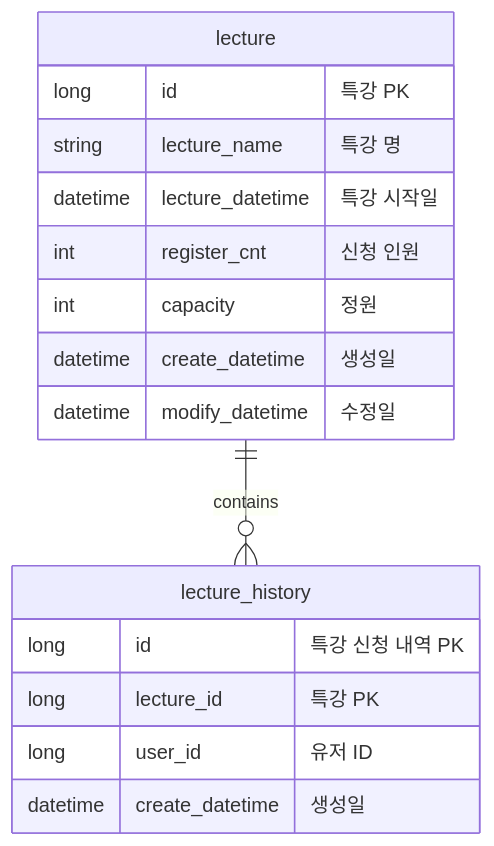
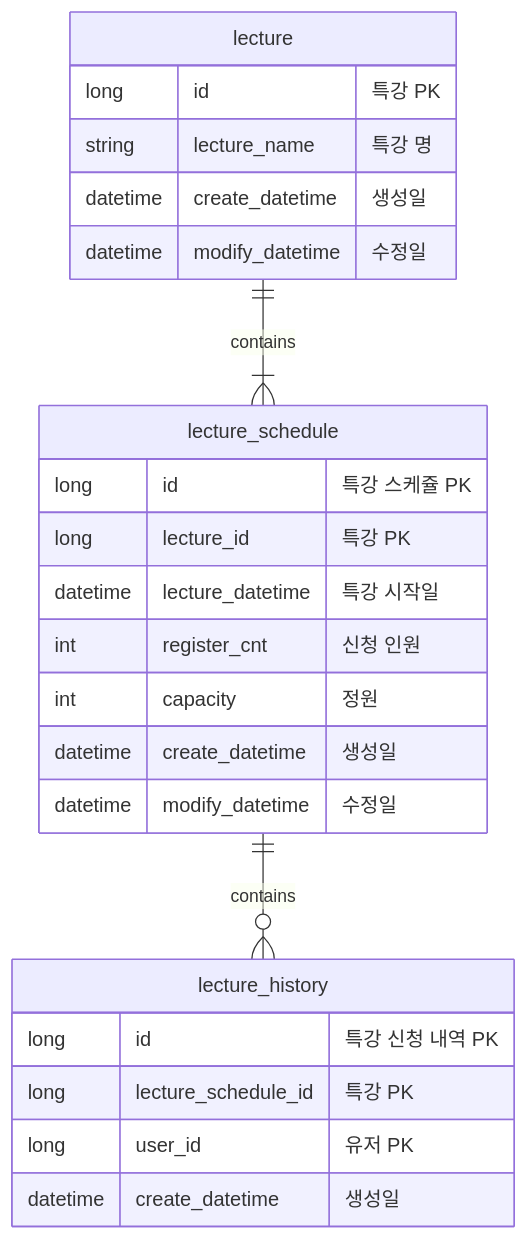
The diagram in README.md (jo94kr/hhplus-02-clean-architecture), drawn with Mermaid before and after one commit. The commit also changed other lines of this file, not shown here.

````diff
--- a/README.md
+++ b/README.md
@@ -35,19 +112,26 @@
 ```mermaid
 erDiagram
-    lecture ||--o{ lecture_history: contains
+    lecture ||--|{ lecture_schedule: contains
+    lecture_schedule ||--o{ lecture_history: contains
     lecture {
         long id "특강 PK"
         string lecture_name "특강 명"
+        datetime create_datetime "생성일"
+        datetime modify_datetime "수정일"
+    }
+    lecture_schedule {
+        long id "특강 스케쥴 PK"
+        long lecture_id "특강 PK"
         datetime lecture_datetime "특강 시작일"
         int register_cnt "신청 인원"
         int capacity "정원"
         datetime create_datetime "생성일"
         datetime modify_datetime "수정일"
     }
     lecture_history {
         long id "특강 신청 내역 PK"
-        long lecture_id "특강 PK"
-        long user_id "유저 ID"
+        long lecture_schedule_id "특강 PK"
+        long user_id "유저 PK"
         datetime create_datetime "생성일"
     }
 ```
````
